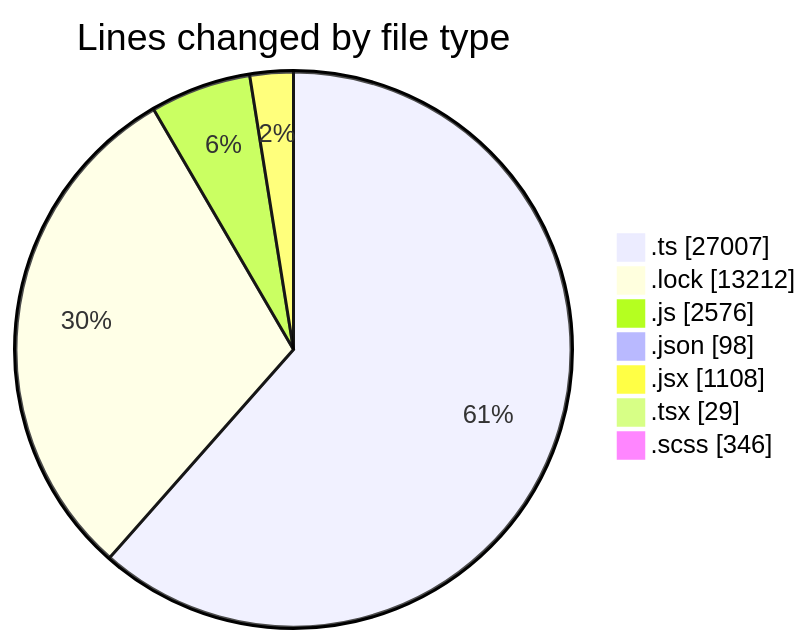
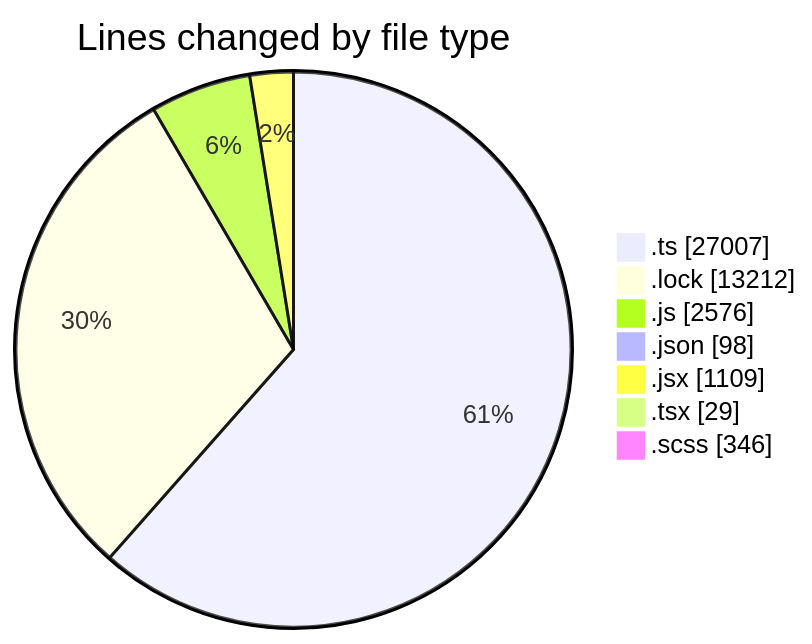
Before and after one commit to momahboobian/code-tracking: the first of 2 diagrams in 2025-05-16/cda/README.md, drawn with Mermaid. The commit also changed other lines of this file and 1 other file, not shown here.

````diff
--- a/2025-05-16/cda/README.md
+++ b/2025-05-16/cda/README.md
@@ -47,11 +47,11 @@
 ```mermaid
 pie showData
 title Lines changed by file type
 ".ts" : 27007
 ".lock" : 13212
 ".js" : 2576
 ".json" : 98
-".jsx" : 1108
+".jsx" : 1109
 ".tsx" : 29
 ".scss" : 346
 ```
````
